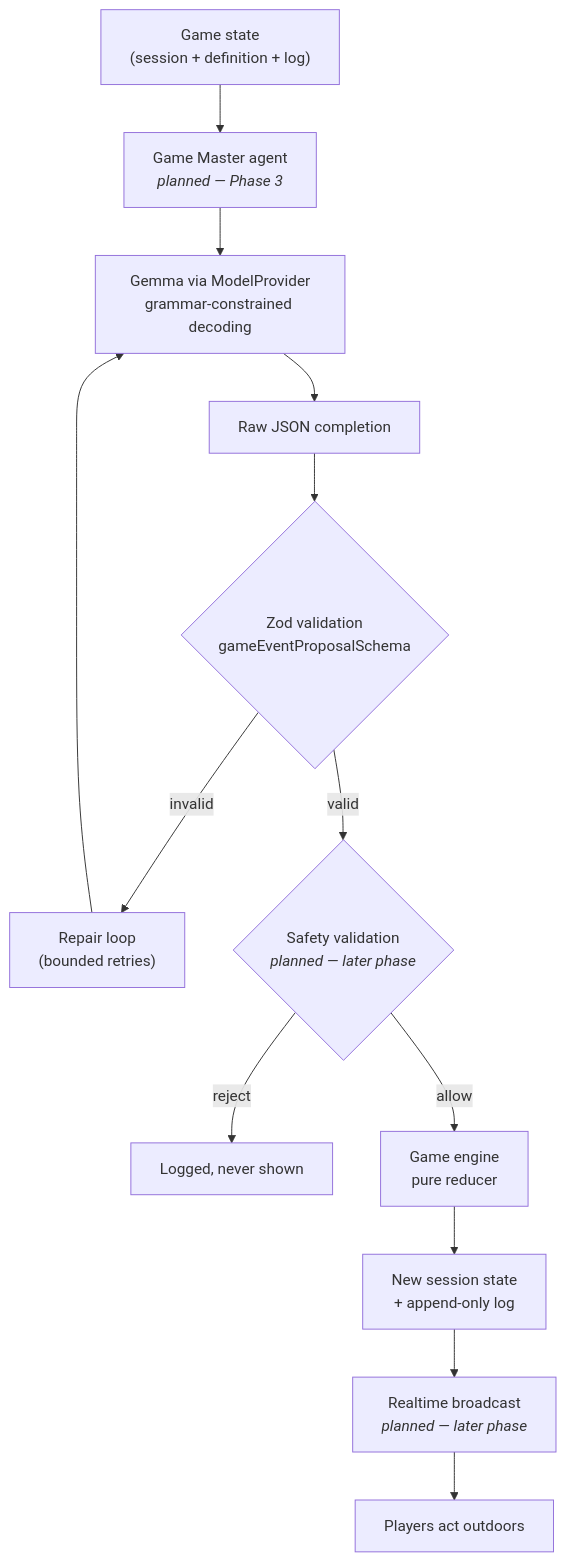
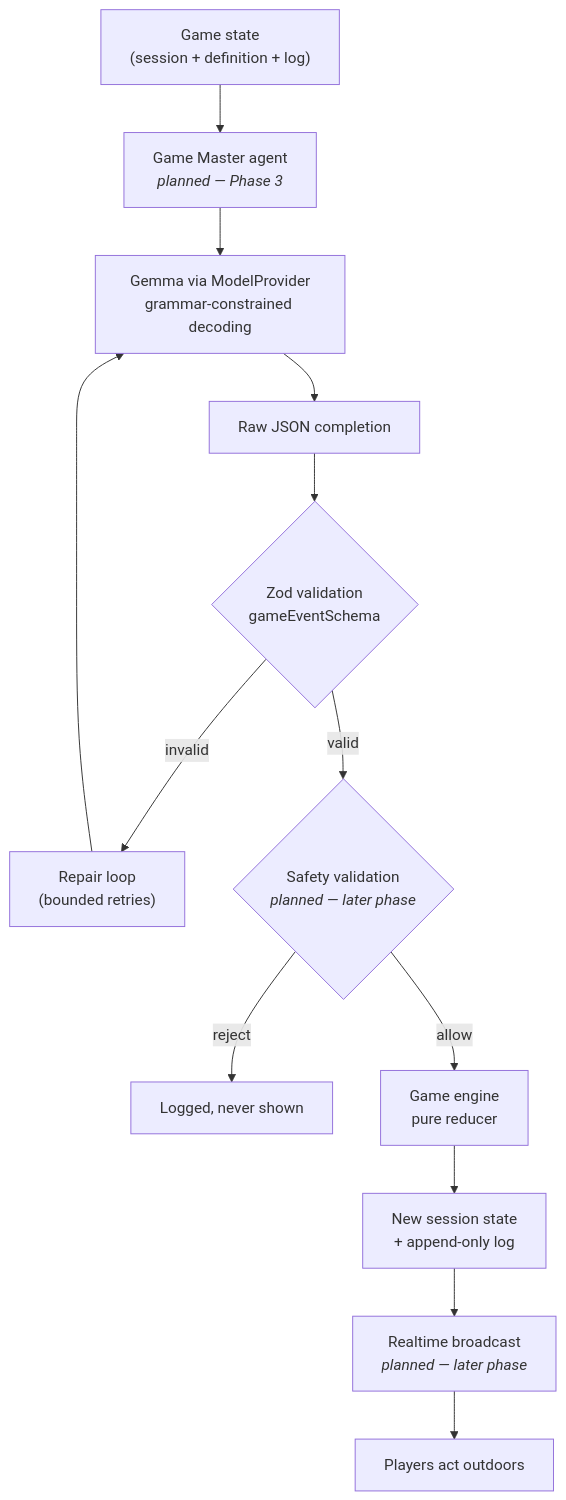
One commit to SHWETANK-SAURABH/touchgrass-game-master changed the first of 9 diagrams in ARCHITECTURE.md. Above: the diagram before and after it, drawn with Mermaid. The commit also changed other lines of this file and 47 other files, not shown here.

````diff
--- a/ARCHITECTURE.md
+++ b/ARCHITECTURE.md
@@ -78,20 +78,20 @@
 ```mermaid
 flowchart TD
     State["Game state<br/>(session + definition + log)"] --> Agent
     Agent["Game Master agent<br/><i>planned — Phase 3</i>"] --> Model
     Model["Gemma via ModelProvider<br/>grammar-constrained decoding"] --> Raw
 
     Raw["Raw JSON completion"] --> Zod
-    Zod{"Zod validation<br/>gameEventProposalSchema"}
+    Zod{"Zod validation<br/>gameEventSchema"}
     Zod -- invalid --> Repair["Repair loop<br/>(bounded retries)"]
     Repair --> Model
     Zod -- valid --> Safety
 
     Safety{"Safety validation<br/><i>planned — later phase</i>"}
     Safety -- reject --> Audit["Logged, never shown"]
     Safety -- allow --> Engine
 
     Engine["Game engine<br/>pure reducer"] --> NewState["New session state<br/>+ append-only log"]
     NewState --> Broadcast["Realtime broadcast<br/><i>planned — later phase</i>"]
     Broadcast --> Players["Players act outdoors"]
 ```
````
